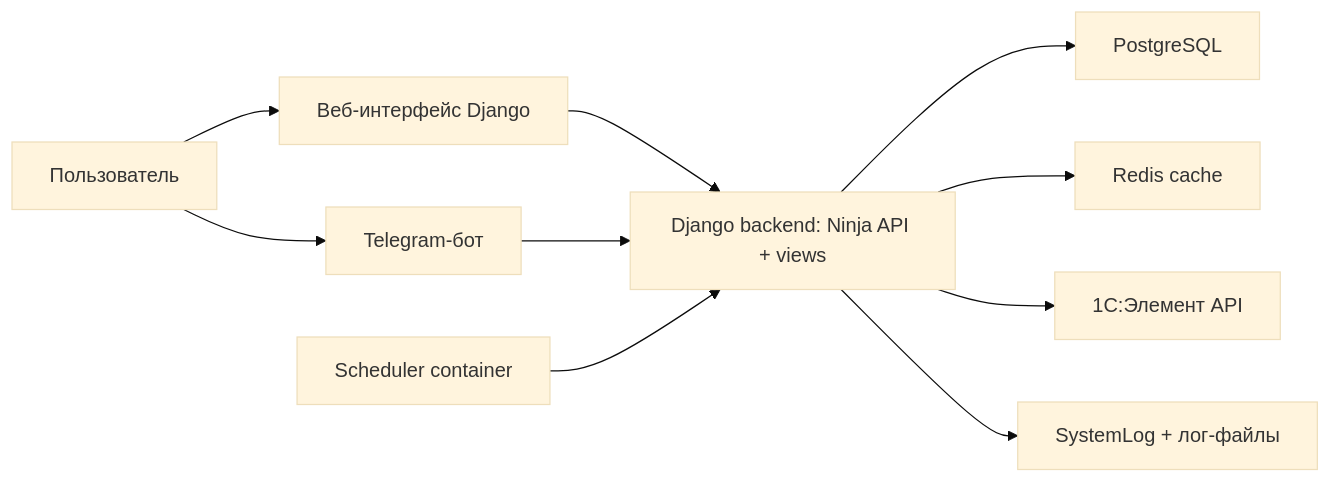
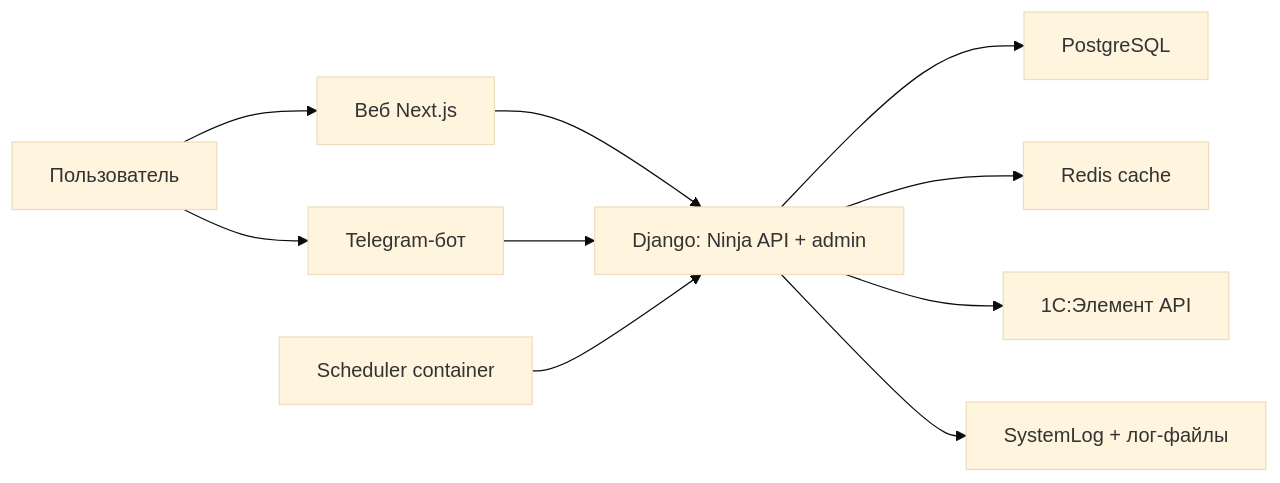
The diagram in docs/ARCHITECTURE.md (Prikur76/Next-Refuels), drawn with Mermaid (base theme) before and after one commit. The commit also changed other lines of this file and 2 other files, not shown here.

````diff
--- a/docs/ARCHITECTURE.md
+++ b/docs/ARCHITECTURE.md
@@ -20,12 +21,12 @@
 ```mermaid
 flowchart LR
-  U["Пользователь"] --> W["Веб-интерфейс Django"]
+  U["Пользователь"] --> N["Веб Next.js"]
   U --> T["Telegram-бот"]
-  W --> API["Django backend: Ninja API + views"]
+  N --> API["Django: Ninja API + admin"]
   T --> API
   API --> DB["PostgreSQL"]
   API --> Cache["Redis cache"]
   API --> S1C["1C:Элемент API"]
   Scheduler["Scheduler container"] --> API
   API --> Logs["SystemLog + лог-файлы"]
 ```
````
